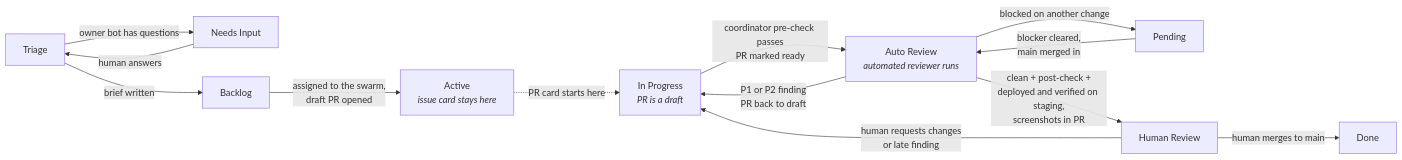
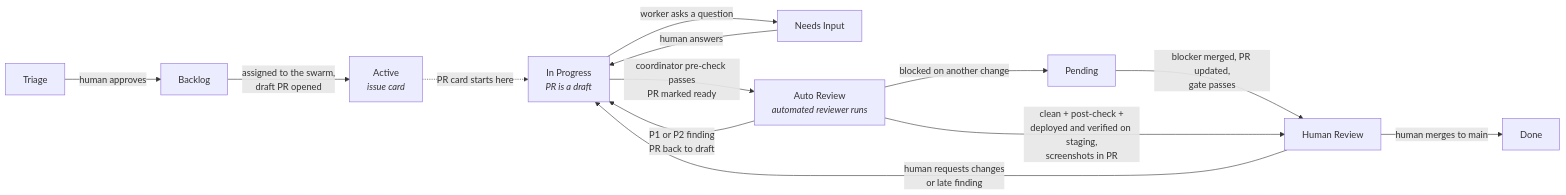
Before and after one commit to tangentcode/methodology: the diagram in diagrams-src/board.mmd, drawn with Mermaid. The commit also changed 9 other files, not shown here.

```diff
--- a/diagrams-src/board.mmd
+++ b/diagrams-src/board.mmd
@@ -1,13 +1,13 @@
 flowchart LR
-    T[Triage] -->|owner bot has questions| NI[Needs Input]
-    NI -->|human answers| T
-    T -->|brief written| B[Backlog]
-    B[Backlog] -->|assigned to the swarm,<br/>draft PR opened| AC[Active<br/><i>issue card stays here</i>]
+    T[Triage] -->|human approves| B[Backlog]
+    B -->|assigned to the swarm,<br/>draft PR opened| AC[Active<br/><i>issue card</i>]
     AC -.->|PR card starts here| IP[In Progress<br/><i>PR is a draft</i>]
+    IP -->|worker asks a question| NI[Needs Input]
+    NI -->|human answers| IP
     IP -->|coordinator pre-check passes<br/>PR marked ready| AR[Auto Review<br/><i>automated reviewer runs</i>]
     AR -->|P1 or P2 finding<br/>PR back to draft| IP
     AR -->|blocked on another change| P[Pending]
-    P -->|blocker cleared,<br/>main merged in| AR
+    P -->|blocker merged, PR updated,<br/>gate passes| HR
     AR -->|clean + post-check +<br/>deployed and verified on staging,<br/>screenshots in PR| HR[Human Review]
     HR -->|human requests changes<br/>or late finding| IP
     HR -->|human merges to main| D[Done]
```
